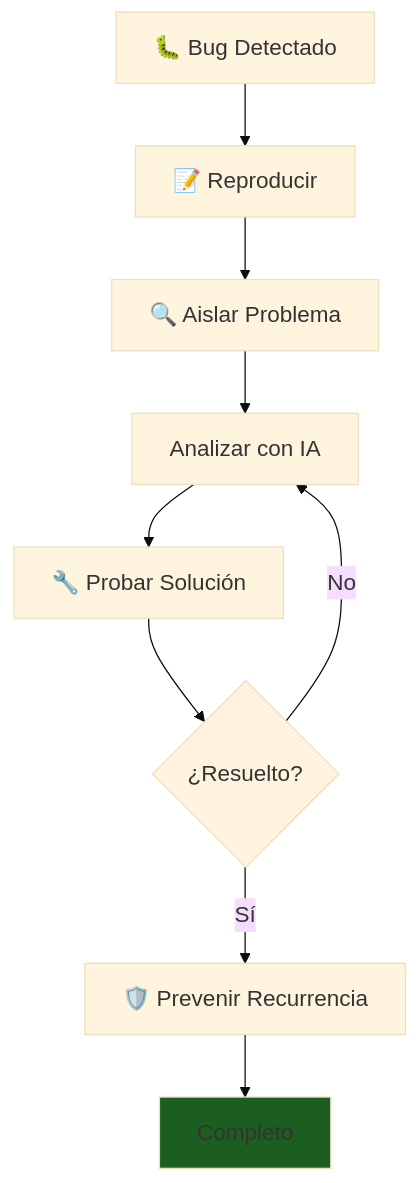
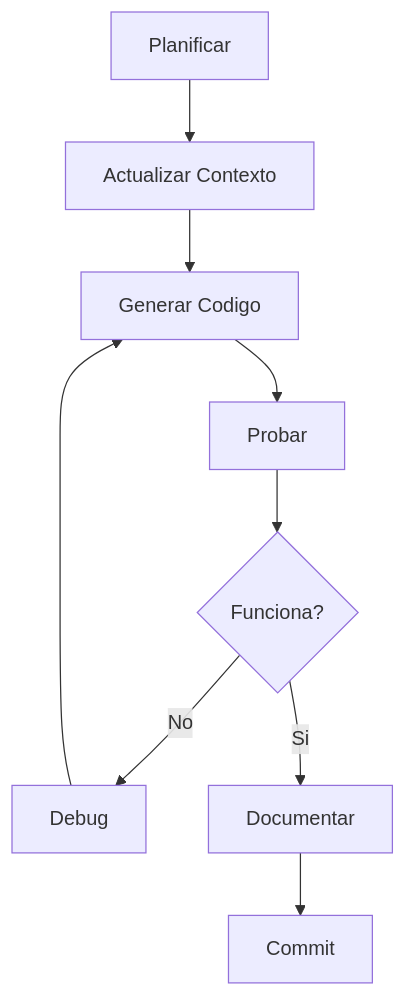
The diagram in courses/02-development/FPUNA-2026/00-FUNDAMENTOS-PRINCIPALES/06-patrones-flujo-trabajo.md (Ai-Whisperers/Courses-Content), drawn with Mermaid before and after one commit. The commit also changed other lines of this file and 25 other files, not shown here.

````diff
--- a/courses/02-development/FPUNA-2026/00-FUNDAMENTOS-PRINCIPALES/06-patrones-flujo-trabajo.md
+++ b/courses/02-development/FPUNA-2026/00-FUNDAMENTOS-PRINCIPALES/06-patrones-flujo-trabajo.md
@@ -228,14 +10,11 @@
 ```mermaid
-%%{init: {'theme':'base', 'themeVariables': {'fontSize':'18px'}}}%%
-flowchart TD
-    A[🐛 Bug Detectado] --> B[📝 Reproducir]
-    B --> C[🔍 Aislar Problema]
-    C --> D[Analizar con IA]
-    D --> E[🔧 Probar Solución]
-    E --> F{¿Resuelto?}
-    F -->|No| D
-    F -->|Sí| G[🛡️ Prevenir Recurrencia]
-    G --> H[Completo]
-    
-    style H fill:#1b5e20
+graph TD
+    A[Planificar] --> B[Actualizar Contexto]
+    B --> C[Generar Codigo]
+    C --> D[Probar]
+    D --> E{Funciona?}
+    E -->|No| F[Debug]
+    F --> C
+    E -->|Si| G[Documentar]
+    G --> H[Commit]
 ```
````
